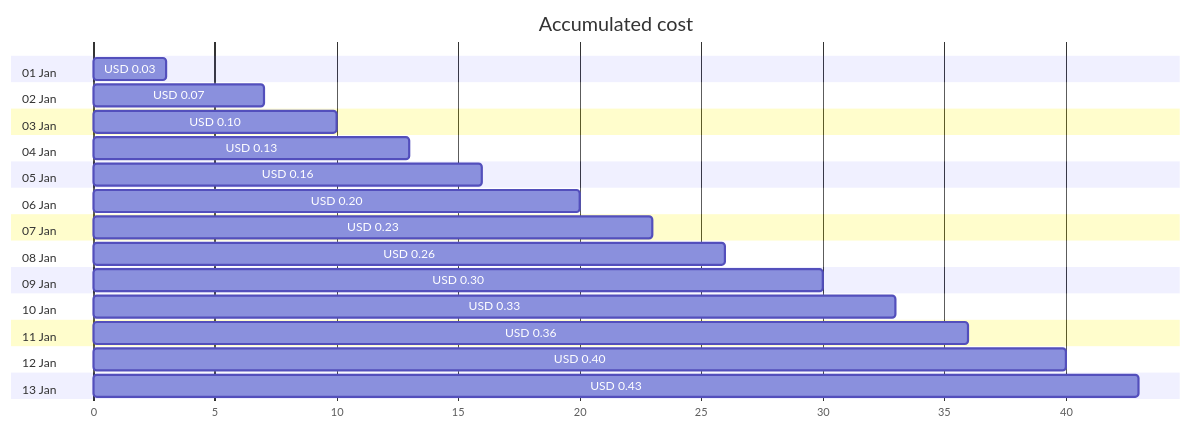
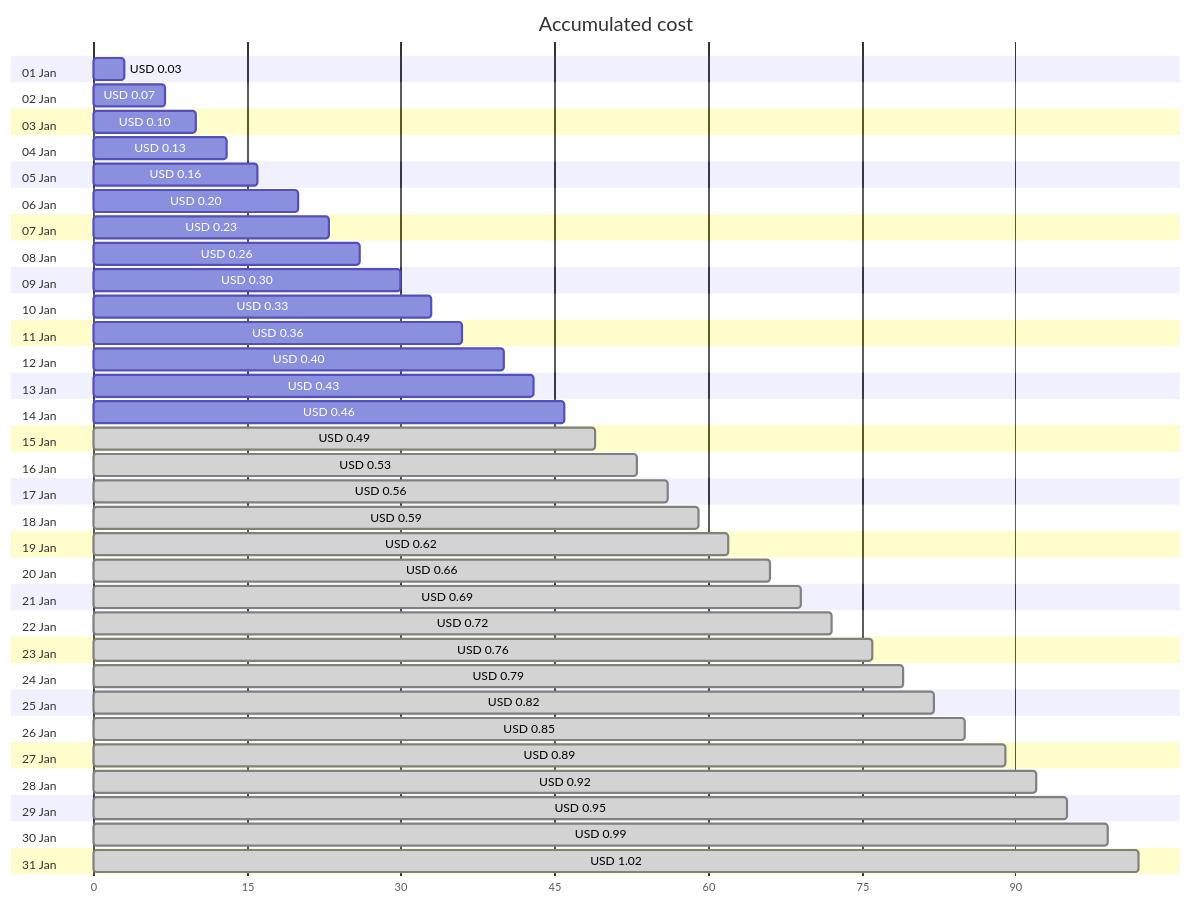
Before and after one commit to jpfulton/azure-personal-reports: the first of 4 diagrams in cost-reports/personal-dns/README.md, drawn with Mermaid. The commit also changed other lines of this file and 2 other files, not shown here.

Commit message:
Generated reports [skip ci]

````diff
--- a/cost-reports/personal-dns/README.md
+++ b/cost-reports/personal-dns/README.md
@@ -20,32 +20,68 @@
 ```mermaid
 gantt
    title Accumulated cost
    dateFormat  X
    axisFormat %s
    section 01 Jan
    USD 0.03 :0, 3
    section 02 Jan
    USD 0.07 :0, 7
    section 03 Jan
    USD 0.10 :0, 10
    section 04 Jan
    USD 0.13 :0, 13
    section 05 Jan
    USD 0.16 :0, 16
    section 06 Jan
    USD 0.20 :0, 20
    section 07 Jan
    USD 0.23 :0, 23
    section 08 Jan
    USD 0.26 :0, 26
    section 09 Jan
    USD 0.30 :0, 30
    section 10 Jan
    USD 0.33 :0, 33
    section 11 Jan
    USD 0.36 :0, 36
    section 12 Jan
    USD 0.40 :0, 40
    section 13 Jan
    USD 0.43 :0, 43
+   section 14 Jan
+   USD 0.46 :0, 46
+   section 15 Jan
+   USD 0.49 : done, 0, 49
+   section 16 Jan
+   USD 0.53 : done, 0, 53
+   section 17 Jan
+   USD 0.56 : done, 0, 56
+   section 18 Jan
+   USD 0.59 : done, 0, 59
+   section 19 Jan
+   USD 0.62 : done, 0, 62
+   section 20 Jan
+   USD 0.66 : done, 0, 66
+   section 21 Jan
+   USD 0.69 : done, 0, 69
+   section 22 Jan
+   USD 0.72 : done, 0, 72
+   section 23 Jan
+   USD 0.76 : done, 0, 76
+   section 24 Jan
+   USD 0.79 : done, 0, 79
+   section 25 Jan
+   USD 0.82 : done, 0, 82
+   section 26 Jan
+   USD 0.85 : done, 0, 85
+   section 27 Jan
+   USD 0.89 : done, 0, 89
+   section 28 Jan
+   USD 0.92 : done, 0, 92
+   section 29 Jan
+   USD 0.95 : done, 0, 95
+   section 30 Jan
+   USD 0.99 : done, 0, 99
+   section 31 Jan
+   USD 1.02 : done, 0, 102
 ```
````
